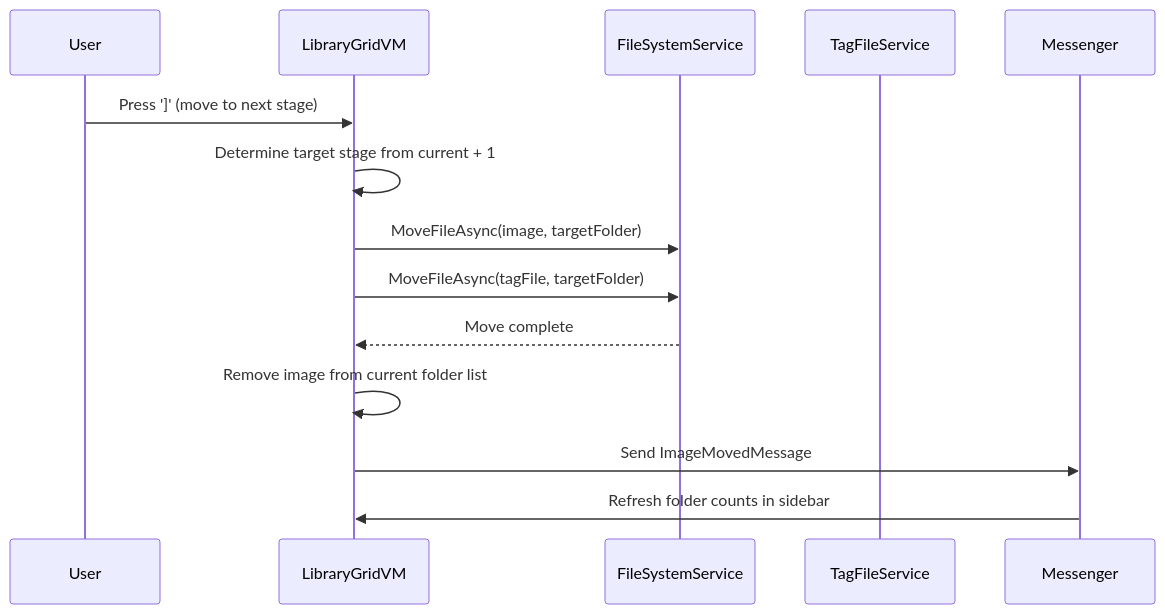
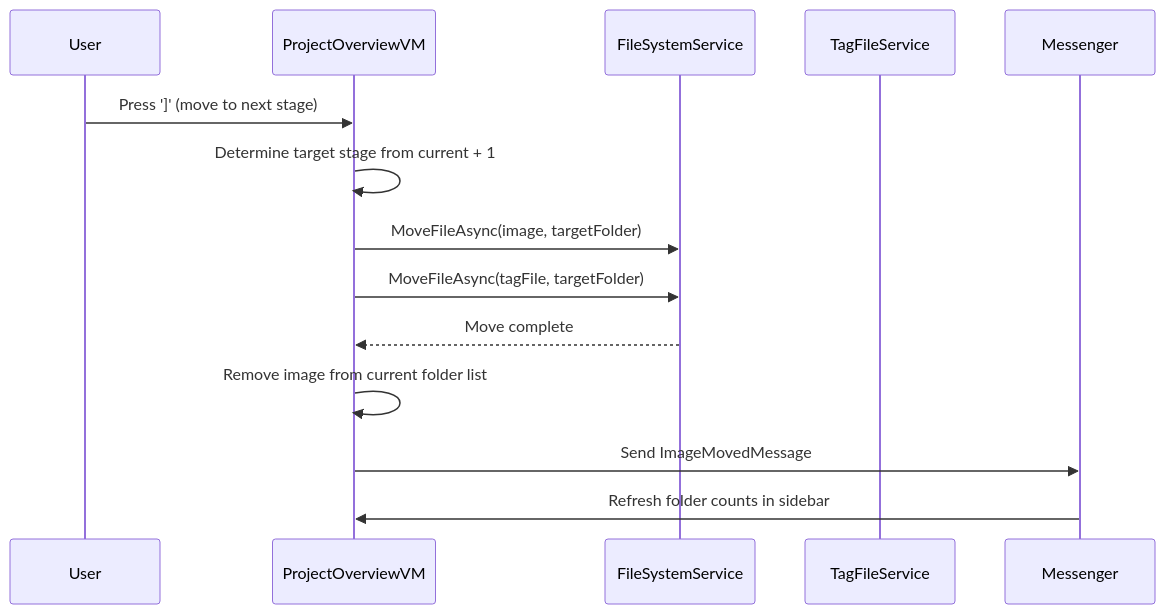
One commit to GreenDragon422/DatasetStudio changed the fourth of 6 diagrams in .kiro/specs/DatasetStudio/design.md. Above: the diagram before and after it, drawn with Mermaid. The commit also changed other lines of this file and 14 other files, not shown here.

Commit message:
Align Project Overview naming across app

````diff
--- a/.kiro/specs/DatasetStudio/design.md
+++ b/.kiro/specs/DatasetStudio/design.md
@@ -653,17 +653,17 @@
 ```mermaid
 sequenceDiagram
     participant User
-    participant LibraryGridVM
+    participant ProjectOverviewVM
     participant FileSystemService
     participant TagFileService
     participant Messenger
 
-    User->>LibraryGridVM: Press ']' (move to next stage)
-    LibraryGridVM->>LibraryGridVM: Determine target stage from current + 1
-    LibraryGridVM->>FileSystemService: MoveFileAsync(image, targetFolder)
-    LibraryGridVM->>FileSystemService: MoveFileAsync(tagFile, targetFolder)
-    FileSystemService-->>LibraryGridVM: Move complete
-    LibraryGridVM->>LibraryGridVM: Remove image from current folder list
-    LibraryGridVM->>Messenger: Send ImageMovedMessage
-    Messenger->>LibraryGridVM: Refresh folder counts in sidebar
+    User->>ProjectOverviewVM: Press ']' (move to next stage)
+    ProjectOverviewVM->>ProjectOverviewVM: Determine target stage from current + 1
+    ProjectOverviewVM->>FileSystemService: MoveFileAsync(image, targetFolder)
+    ProjectOverviewVM->>FileSystemService: MoveFileAsync(tagFile, targetFolder)
+    FileSystemService-->>ProjectOverviewVM: Move complete
+    ProjectOverviewVM->>ProjectOverviewVM: Remove image from current folder list
+    ProjectOverviewVM->>Messenger: Send ImageMovedMessage
+    Messenger->>ProjectOverviewVM: Refresh folder counts in sidebar
 ```
````
